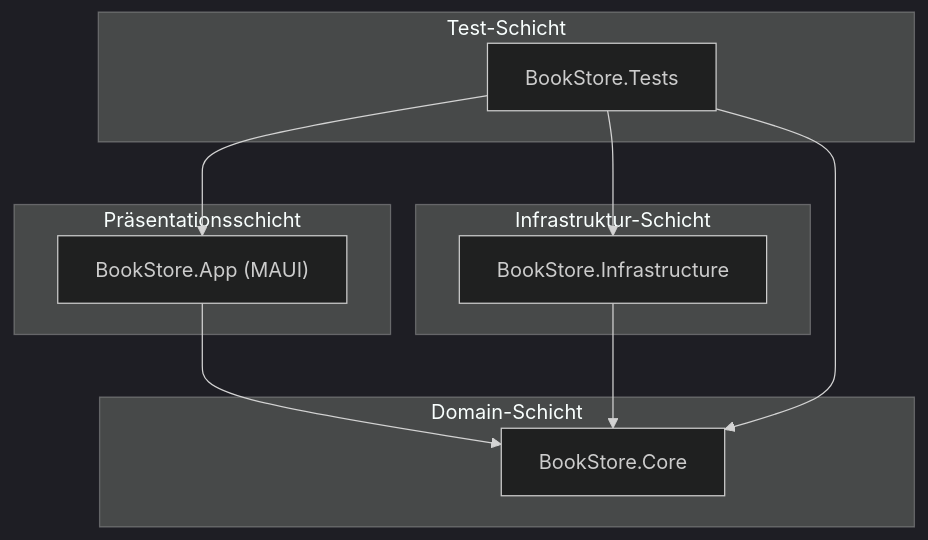
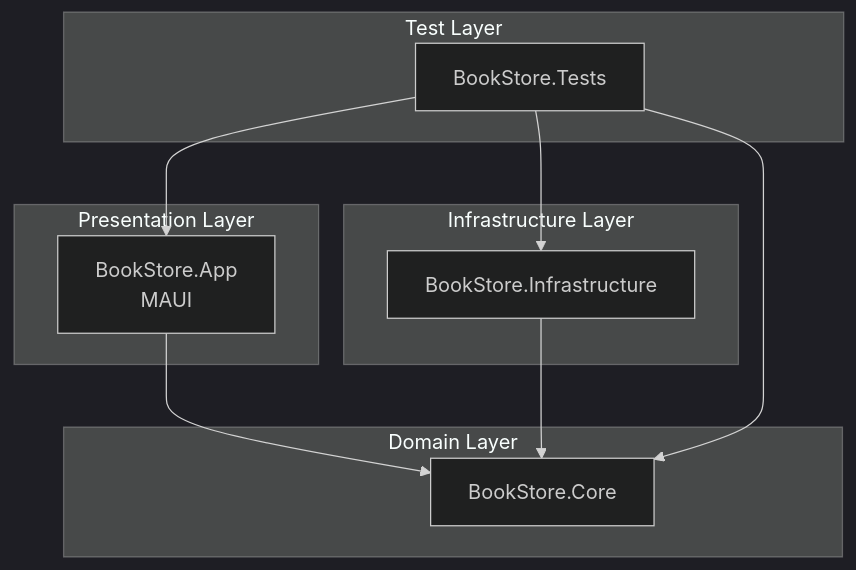
Before and after one commit to vimotest/bookstore-maui-casestudy: the first of 2 diagrams in doc/Architecture.md, drawn with Mermaid (dark theme). The commit also changed other lines of this file and 2 other files, not shown here.

````diff
--- a/doc/Architecture.md
+++ b/doc/Architecture.md
@@ -9,24 +9,24 @@
 ```mermaid
 graph TD
-    A["BookStore.App (MAUI)"] --> B["BookStore.Core"]
-    C["BookStore.Infrastructure"] --> B
-    D["BookStore.Tests"] --> A
+    subgraph Presentation["Presentation Layer"]
+        A[BookStore.App<br/>MAUI]
+    end
+
+    subgraph Domain["Domain Layer"]
+        B[BookStore.Core]
+    end
+
+    subgraph Infrastructure["Infrastructure Layer"]
+        C[BookStore.Infrastructure]
+    end
+
+    subgraph Tests["Test Layer"]
+        D[BookStore.Tests]
+    end
+
+    A --> B
+    C --> B
+    D --> A
     D --> B
     D --> C
-
-    subgraph "Präsentationsschicht"
-        A
-    end
-
-    subgraph "Domain-Schicht"
-        B
-    end
-
-    subgraph "Infrastruktur-Schicht"
-        C
-    end
-
-    subgraph "Test-Schicht"
-        D
-    end
 ```
````
